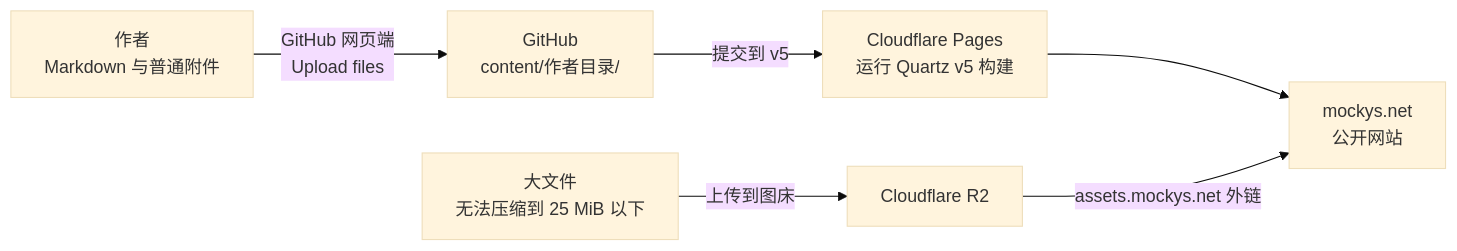
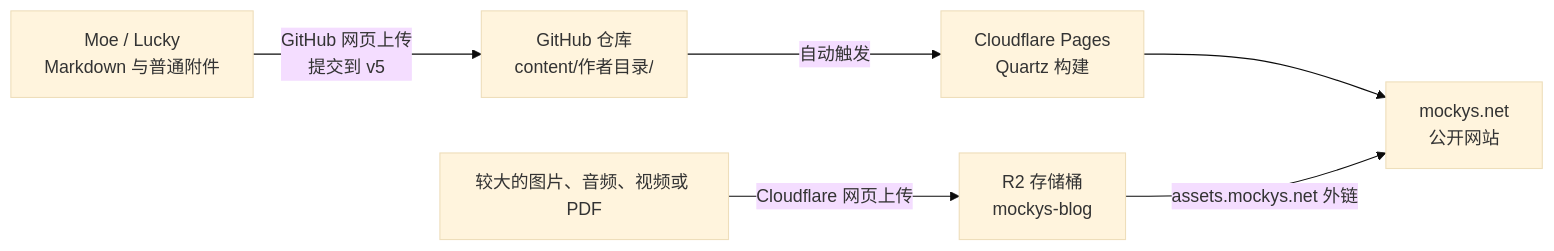
Before and after one commit to LuckytoeUSTC/Mockys_Blog: the diagram in README.md, drawn with Mermaid (base theme). The commit also changed other lines of this file and 12 other files, not shown here.

````diff
--- a/README.md
+++ b/README.md
@@ -11,8 +117,8 @@
 ```mermaid
 flowchart LR
-    A["作者<br/>Markdown 与普通附件"] -->|"GitHub 网页端<br/>Upload files"| B["GitHub<br/>content/作者目录/"]
-    B -->|"提交到 v5"| C["Cloudflare Pages<br/>运行 Quartz v5 构建"]
+    A["Moe / Lucky<br/>Markdown 与普通附件"] -->|"GitHub 网页上传<br/>提交到 v5"| B["GitHub 仓库<br/>content/作者目录/"]
+    B -->|"自动触发"| C["Cloudflare Pages<br/>Quartz 构建"]
     C --> D["mockys.net<br/>公开网站"]
-    E["大文件<br/>无法压缩到 25 MiB 以下"] -->|"上传到图床"| F["Cloudflare R2"]
+    E["较大的图片、音频、视频或 PDF"] -->|"Cloudflare 网页上传"| F["R2 存储桶<br/>mockys-blog"]
     F -->|"assets.mockys.net 外链"| D
 ```
````
